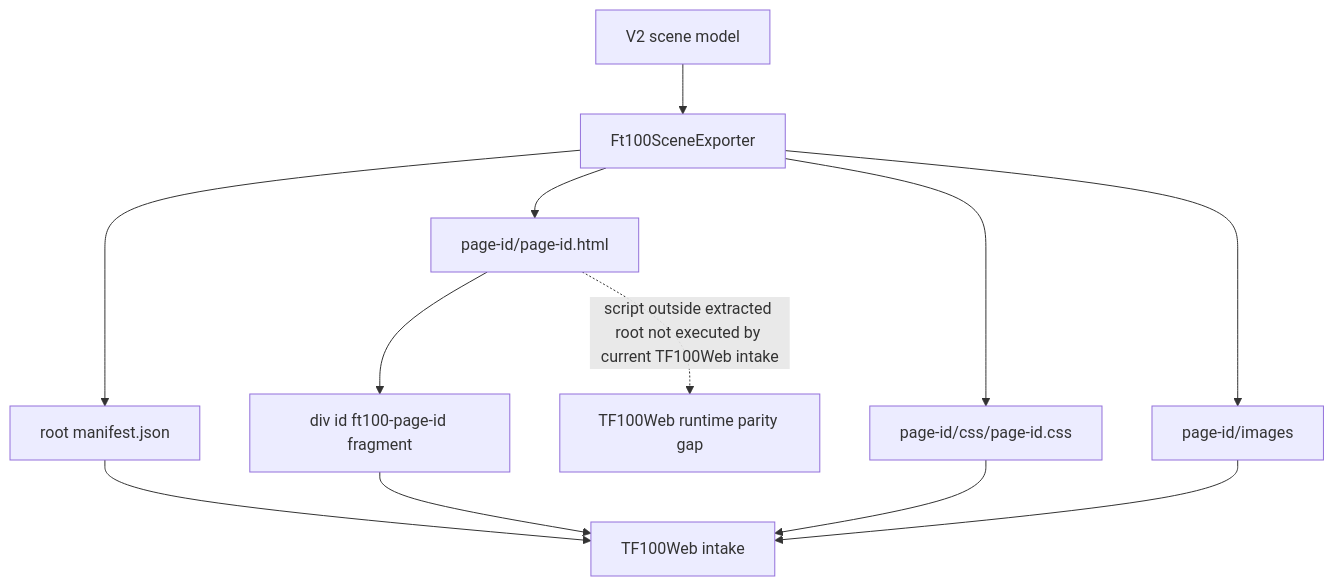
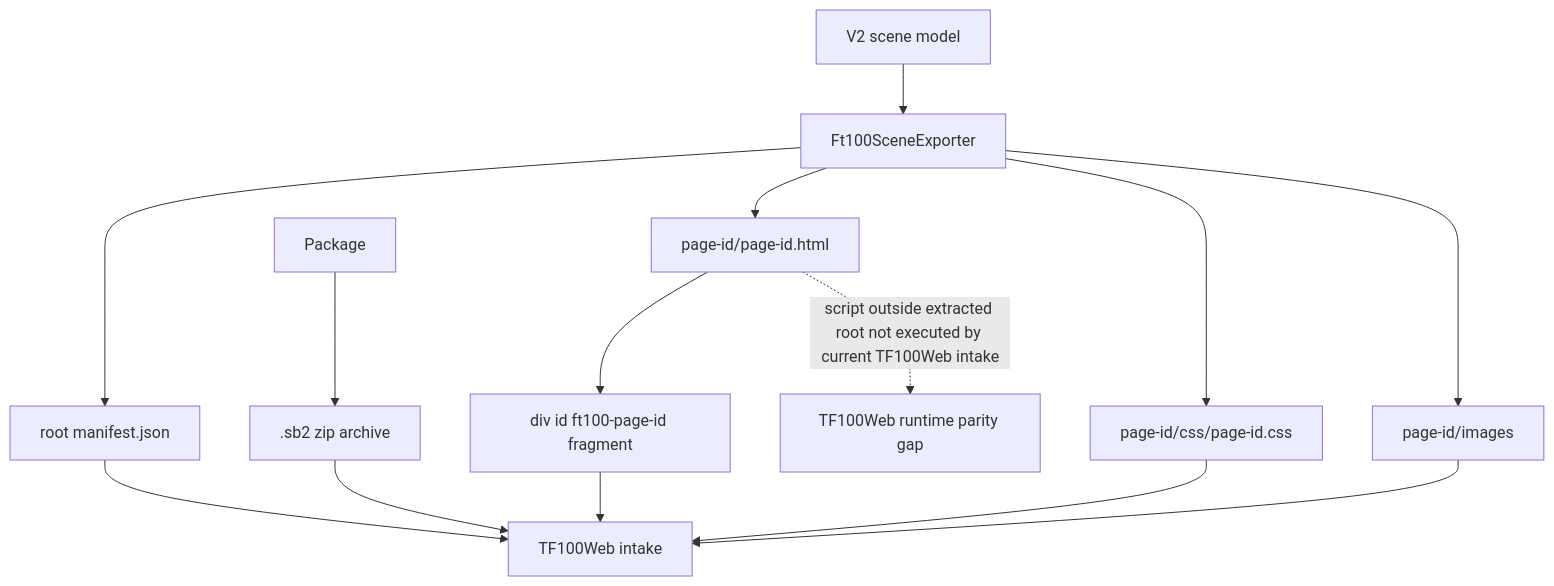
The diagram in docs/03_runtime_contracts/FT100_TF100WEB_PACKAGE_CONTRACT_V2.md (technologiesflorizon/scadabuilder), drawn with Mermaid before and after one commit. The commit also changed other lines of this file and 17 other files, not shown here.

````diff
--- a/docs/03_runtime_contracts/FT100_TF100WEB_PACKAGE_CONTRACT_V2.md
+++ b/docs/03_runtime_contracts/FT100_TF100WEB_PACKAGE_CONTRACT_V2.md
@@ -129,14 +137,16 @@
 ```mermaid
 flowchart TD
   Scene[V2 scene model] --> Exporter[Ft100SceneExporter]
   Exporter --> RootManifest[root manifest.json]
   Exporter --> PageHtml[page-id/page-id.html]
   Exporter --> PageCss[page-id/css/page-id.css]
   Exporter --> Assets[page-id/images]
   RootManifest --> TF100Web[TF100Web intake]
   PageHtml --> RootFragment[div id ft100-page-id fragment]
   RootFragment --> TF100Web
   PageCss --> TF100Web
   Assets --> TF100Web
+  Package --> Sb2[.sb2 zip archive]
+  Sb2 --> TF100Web
   PageHtml -. script outside extracted root not executed by current TF100Web intake .-> Gap[TF100Web runtime parity gap]
 ```
````
